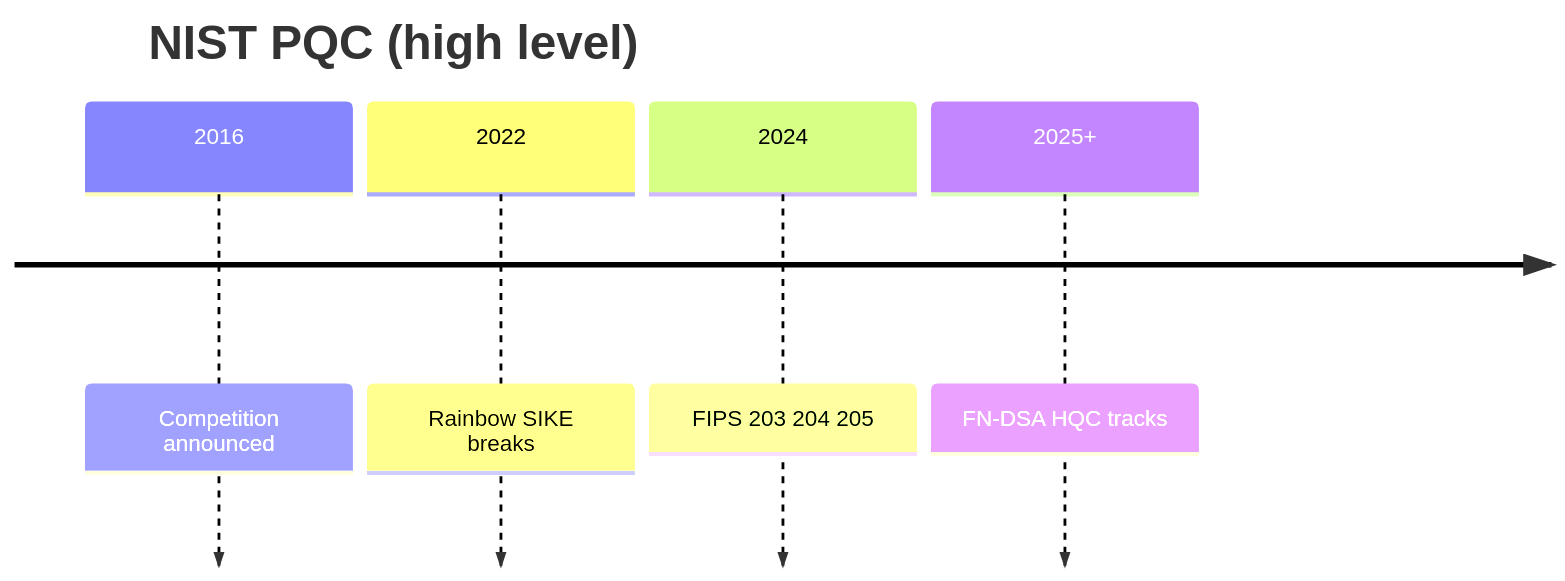
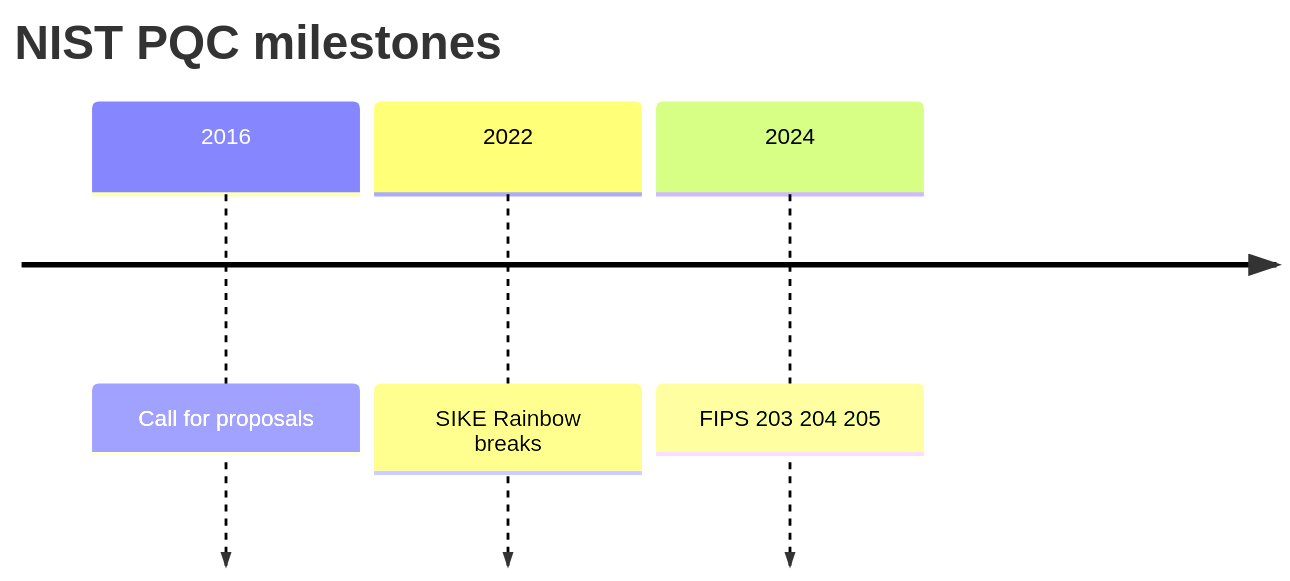
The first of 2 diagrams in manuscript/chapters/10-nist-standardization.md (kalyogyogi-ui/Ai-check-), drawn with Mermaid before and after one commit. The commit also changed other lines of this file and 31 other files, not shown here.

First line of the commit message:
Fix figure placement: in-section after intro text, repair corrupted headings

````diff
--- a/manuscript/chapters/10-nist-standardization.md
+++ b/manuscript/chapters/10-nist-standardization.md
@@ -7,8 +40,7 @@
 ```mermaid
 timeline
-  title NIST PQC (high level)
-  2016 : Competition announced
-  2022 : Rainbow SIKE breaks
+  title NIST PQC milestones
+  2016 : Call for proposals
+  2022 : SIKE Rainbow breaks
   2024 : FIPS 203 204 205
-  2025+ : FN-DSA HQC tracks
 ```
````
